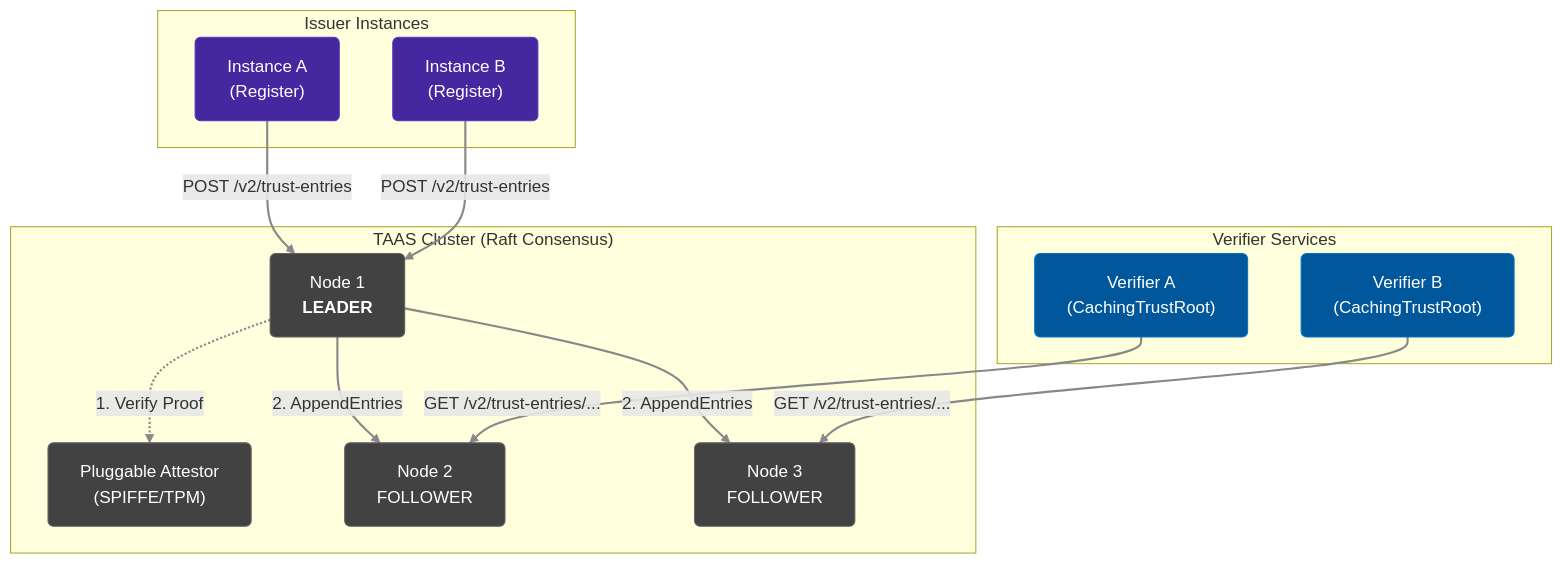
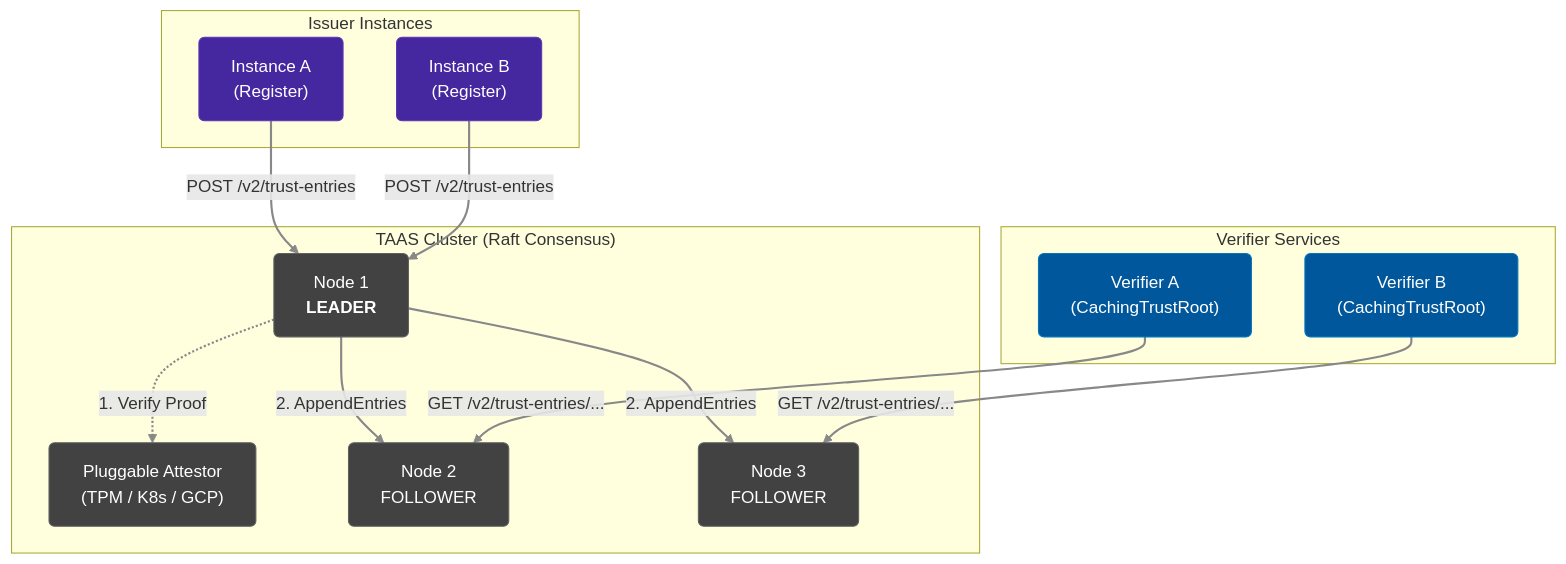
One commit to cyfko/veridot changed the first of 2 diagrams in docs/docs/architecture/taas-architecture.md. Above: the diagram before and after it, drawn with Mermaid. The commit also changed other lines of this file and 31 other files, not shown here.

Commit message:
docs: align documentation with Veridot V5 Zero-Trust architecture

````diff
--- a/docs/docs/architecture/taas-architecture.md
+++ b/docs/docs/architecture/taas-architecture.md
@@ -16,39 +16,39 @@
 ```mermaid
 graph TB
 
     %% Premium Theme
     linkStyle default stroke:#888888,stroke-width:2px;
     classDef default fill:#424242,stroke:#616161,stroke-width:1px,color:#fff,rx:5px,ry:5px;
     classDef service fill:#4527a0,stroke:#5e35b1,stroke-width:1px,color:#fff,rx:5px,ry:5px;
     classDef broker fill:#004d40,stroke:#00695c,stroke-width:1px,color:#fff,rx:5px,ry:5px;
     classDef db fill:#bf360c,stroke:#d84315,stroke-width:1px,color:#fff,rx:5px,ry:5px;
     classDef taas fill:#01579b,stroke:#0277bd,stroke-width:1px,color:#fff,rx:5px,ry:5px;
 
     subgraph "TAAS Cluster (Raft Consensus)"
         L["Node 1<br/><b>LEADER</b>"]
-        A["Pluggable Attestor<br/>(SPIFFE/TPM)"]
+        A["Pluggable Attestor<br/>(TPM / K8s / GCP)"]
         F1["Node 2<br/>FOLLOWER"]
         F2["Node 3<br/>FOLLOWER"]
         L -.->|"1. Verify Proof"| A
         L -- "2. AppendEntries" --> F1
         L -- "2. AppendEntries" --> F2
     end
 
     subgraph "Issuer Instances"
         S1["Instance A<br/>(Register)"]
         S2["Instance B<br/>(Register)"]
     end
 
     subgraph "Verifier Services"
         V1["Verifier A<br/>(CachingTrustRoot)"]
         V2["Verifier B<br/>(CachingTrustRoot)"]
     end
 
     S1 -- "POST /v2/trust-entries" --> L
     S2 -- "POST /v2/trust-entries" --> L
     V1 -- "GET /v2/trust-entries/..." --> F1
     V2 -- "GET /v2/trust-entries/..." --> F2
     class S2,S1 service;
     class V1,V2 taas;
 
 ```
````
